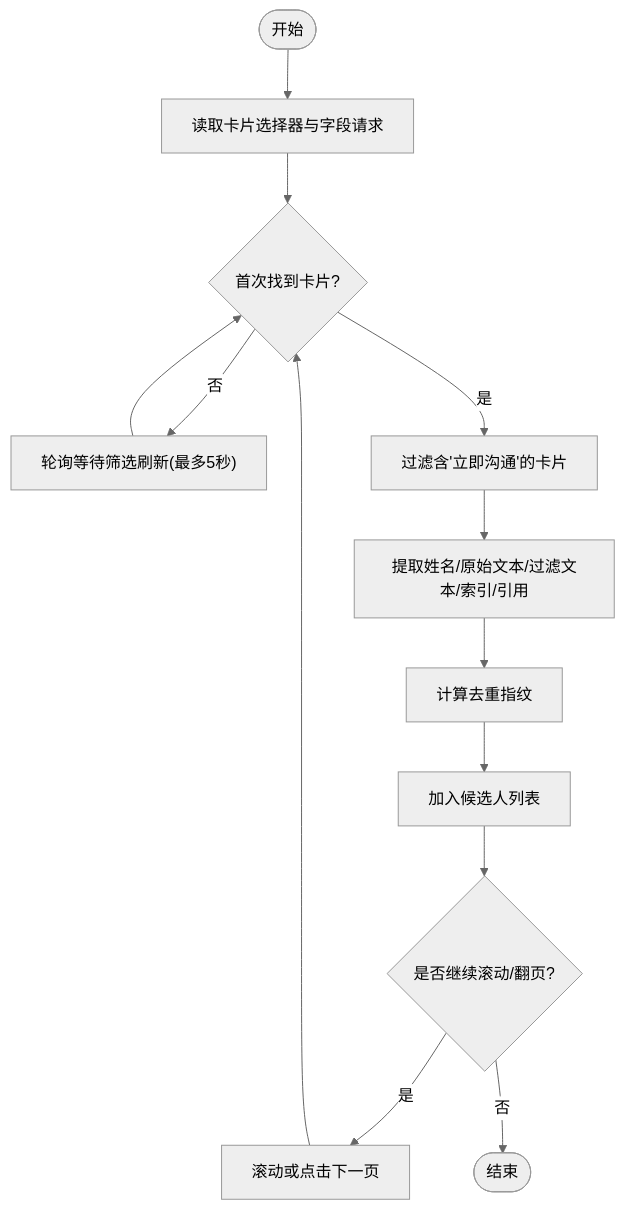
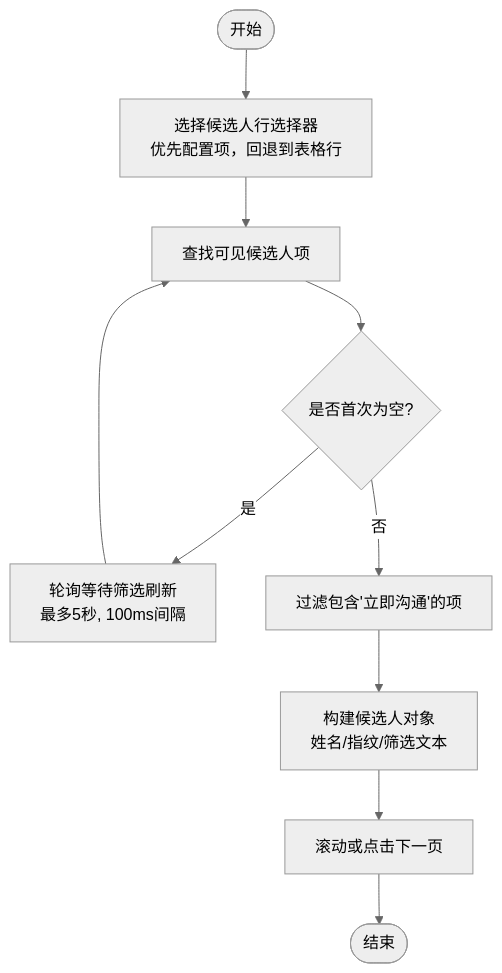
The third of 7 diagrams in .qoder/repowiki/zh/content/本地执行器/平台适配器/猎聘适配器/候选人处理.md (alvinwangzi/goodhr), drawn with Mermaid (neutral theme) before and after one commit. The commit also changed other lines of this file and 149 other files, not shown here.

````diff
--- a/.qoder/repowiki/zh/content/本地执行器/平台适配器/猎聘适配器/候选人处理.md
+++ b/.qoder/repowiki/zh/content/本地执行器/平台适配器/猎聘适配器/候选人处理.md
@@ -147,15 +129,12 @@
 ```mermaid
 flowchart TD
-Start(["开始"]) --> GetCard["读取卡片选择器与字段请求"]
-GetCard --> TryFind{"首次找到卡片?"}
-TryFind -- 否 --> WaitPoll["轮询等待筛选刷新(最多5秒)"]
-WaitPoll --> TryFind
-TryFind -- 是 --> FilterCards["过滤含'立即沟通'的卡片"]
-FilterCards --> ExtractFields["提取姓名/原始文本/过滤文本/索引/引用"]
-ExtractFields --> Fingerprint["计算去重指纹"]
-Fingerprint --> AppendList["加入候选人列表"]
-AppendList --> NextPage{"是否继续滚动/翻页?"}
-NextPage -- 是 --> ScrollOrNext["滚动或点击下一页"]
-ScrollOrNext --> TryFind
-NextPage -- 否 --> End(["结束"])
+Start(["开始"]) --> PickSel["选择候选人行选择器<br/>优先配置项，回退到表格行"]
+PickSel --> FindItems["查找可见候选人项"]
+FindItems --> Empty{"是否首次为空?"}
+Empty -- 是 --> Poll["轮询等待筛选刷新<br/>最多5秒, 100ms间隔"]
+Poll --> FindItems
+Empty -- 否 --> Filter["过滤包含'立即沟通'的项"]
+Filter --> BuildCand["构建候选人对象<br/>姓名/指纹/筛选文本"]
+BuildCand --> Scroll["滚动或点击下一页"]
+Scroll --> End(["结束"])
 ```
````
